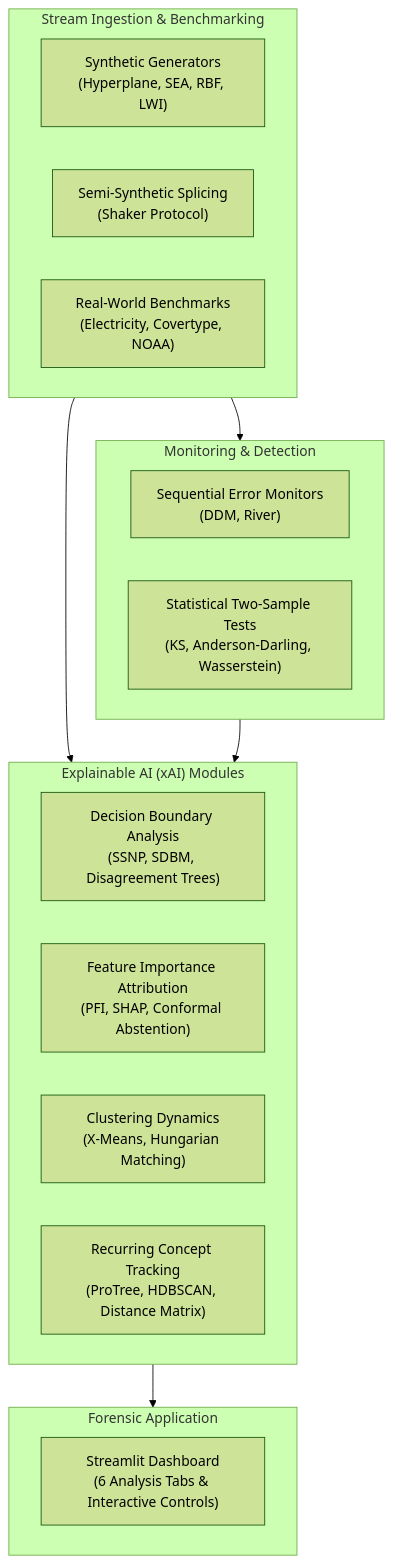
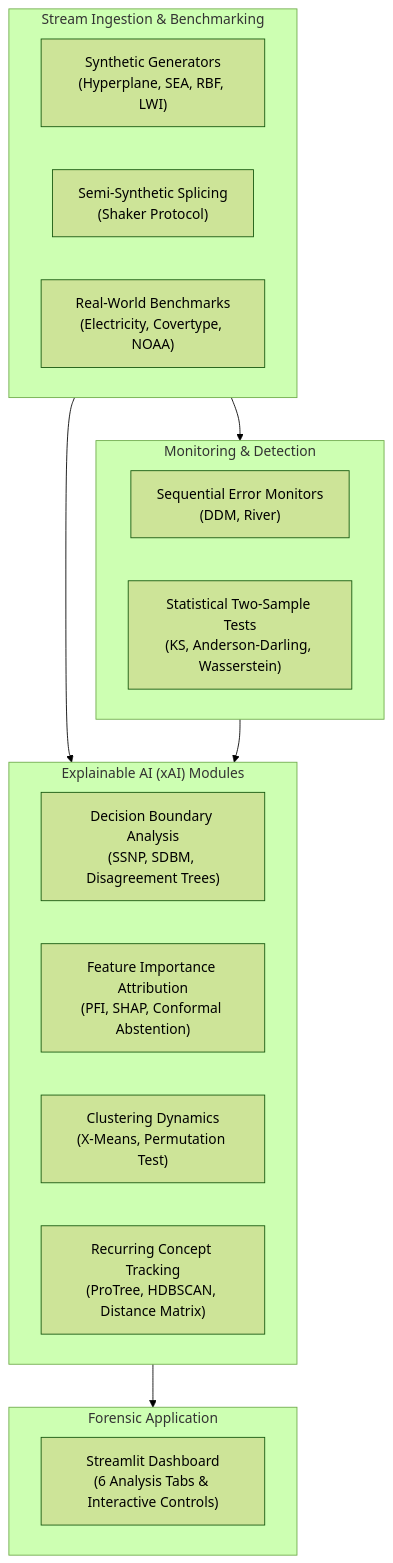
Before and after one commit to KubaCzech/STRIDE: the diagram in docs/index.md, drawn with Mermaid (forest theme). The commit also changed other lines of this file and 14 other files, not shown here.

````diff
--- a/docs/index.md
+++ b/docs/index.md
@@ -60,29 +60,29 @@
 ```mermaid
 flowchart TD
     subgraph DataStream ["Stream Ingestion & Benchmarking"]
         S1["Synthetic Generators\n(Hyperplane, SEA, RBF, LWI)"]
         S2["Semi-Synthetic Splicing\n(Shaker Protocol)"]
         S3["Real-World Benchmarks\n(Electricity, Covertype, NOAA)"]
     end
 
     subgraph Detection ["Monitoring & Detection"]
         D1["Sequential Error Monitors\n(DDM, River)"]
         D2["Statistical Two-Sample Tests\n(KS, Anderson-Darling, Wasserstein)"]
     end
 
     subgraph Explanation ["Explainable AI (xAI) Modules"]
         X1["Decision Boundary Analysis\n(SSNP, SDBM, Disagreement Trees)"]
         X2["Feature Importance Attribution\n(PFI, SHAP, Conformal Abstention)"]
-        X3["Clustering Dynamics\n(X-Means, Hungarian Matching)"]
+        X3["Clustering Dynamics\n(X-Means, Permutation Test)"]
         X4["Recurring Concept Tracking\n(ProTree, HDBSCAN, Distance Matrix)"]
     end
 
     subgraph Interface ["Forensic Application"]
         UI["Streamlit Dashboard\n(6 Analysis Tabs & Interactive Controls)"]
     end
 
     DataStream --> Detection
     DataStream --> Explanation
     Detection --> Explanation
     Explanation --> Interface
 ```
````
